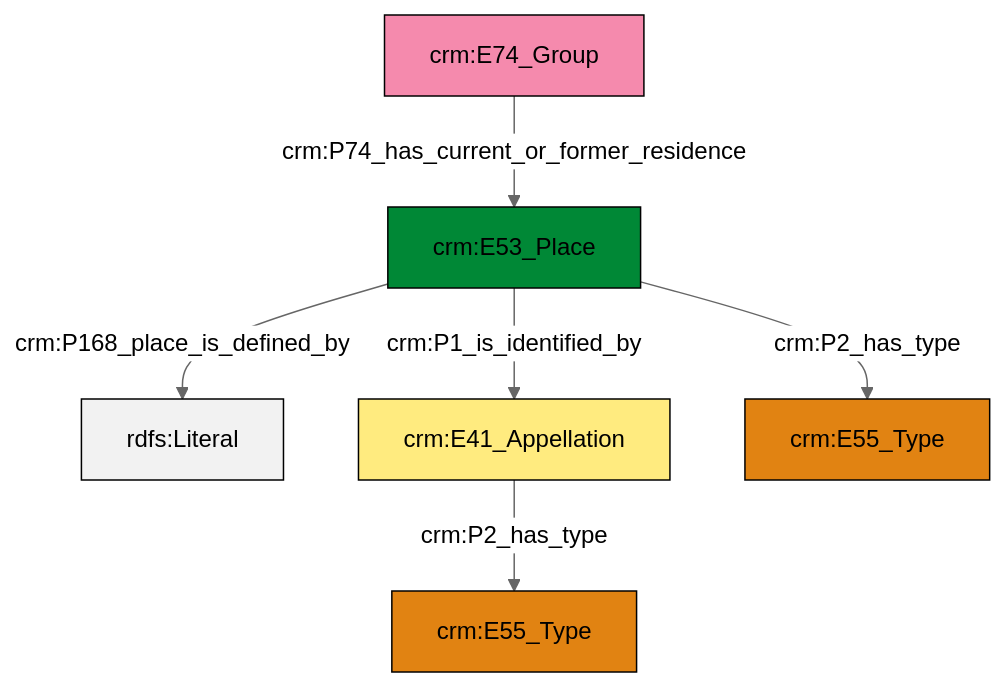
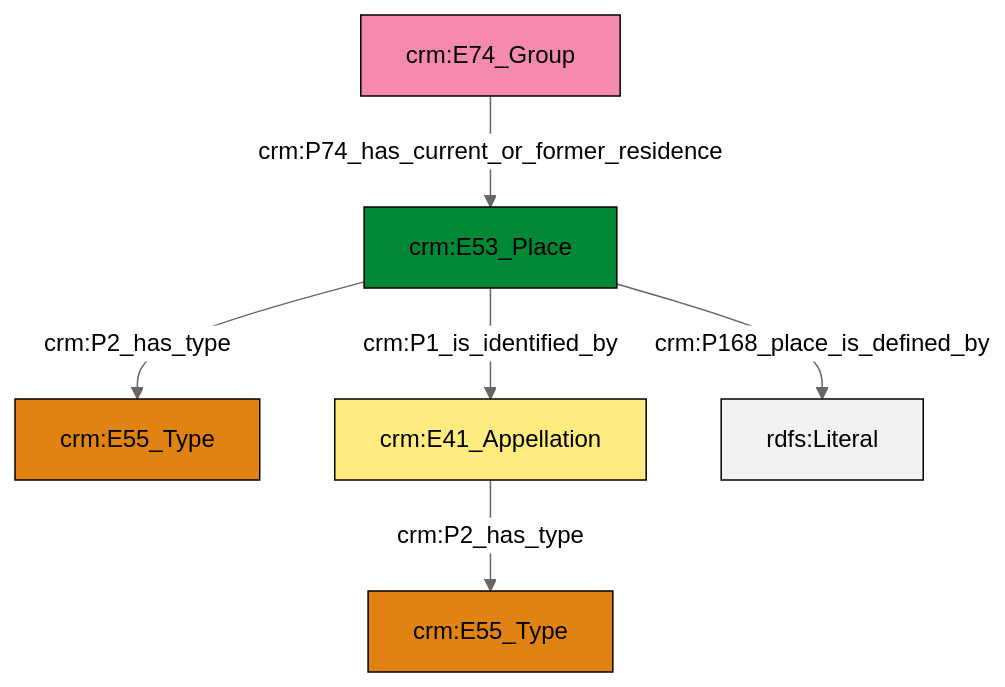
The diagram in et/groupCSV/ttl/mmd/group_location.ttl.mmd (swiss-art-research-net/reference-data-models), drawn with Mermaid (neutral theme) before and after one commit. The commit also changed 125 other files, not shown here.

```diff
--- a/et/groupCSV/ttl/mmd/group_location.ttl.mmd
+++ b/et/groupCSV/ttl/mmd/group_location.ttl.mmd
@@ -1,20 +1,20 @@
 graph TD
 classDef Literal fill:#f2f2f2,stroke:#000000;
 classDef CRM_Entity fill:#FFFFFF,stroke:#000000;
 classDef Temporal_Entity fill:#00C9E6, stroke:#000000;
 classDef Type fill:#E18312, stroke:#000000;
 classDef Time-Span fill:#2C9C91, stroke:#000000;
 classDef Appellation fill:#FFEB7F, stroke:#000000;
 classDef Place fill:#008836, stroke:#000000;
 classDef Persistent_Item fill:#B266B2, stroke:#000000;
 classDef Conceptual_Object fill:#FFD700, stroke:#000000;
 classDef Physical_Thing fill:#D2B48C, stroke:#000000;
 classDef Actor fill:#f58aad, stroke:#000000;
 classDef PC_Classes fill:#4ce600, stroke:#000000;
 classDef Multi fill:#cccccc,stroke:#000000;
 
-0["crm:E74_Group"]:::Actor -->|crm:P74_has_current_or_former_residence| 1["crm:E53_Place"]:::Place
-1["crm:E53_Place"]:::Place -->|crm:P168_place_is_defined_by| 2[rdfs:Literal]:::Literal
-1["crm:E53_Place"]:::Place -->|crm:P1_is_identified_by| 3["crm:E41_Appellation"]:::Appellation
-3["crm:E41_Appellation"]:::Appellation -->|crm:P2_has_type| 4["crm:E55_Type"]:::Type
-1["crm:E53_Place"]:::Place -->|crm:P2_has_type| 9["crm:E55_Type"]:::Type
+4["crm:E74_Group"]:::Actor -->|crm:P74_has_current_or_former_residence| 0["crm:E53_Place"]:::Place
+0["crm:E53_Place"]:::Place -->|crm:P168_place_is_defined_by| 10[rdfs:Literal]:::Literal
+8["crm:E41_Appellation"]:::Appellation -->|crm:P2_has_type| 6["crm:E55_Type"]:::Type
+0["crm:E53_Place"]:::Place -->|crm:P1_is_identified_by| 8["crm:E41_Appellation"]:::Appellation
+0["crm:E53_Place"]:::Place -->|crm:P2_has_type| 2["crm:E55_Type"]:::Type
```
